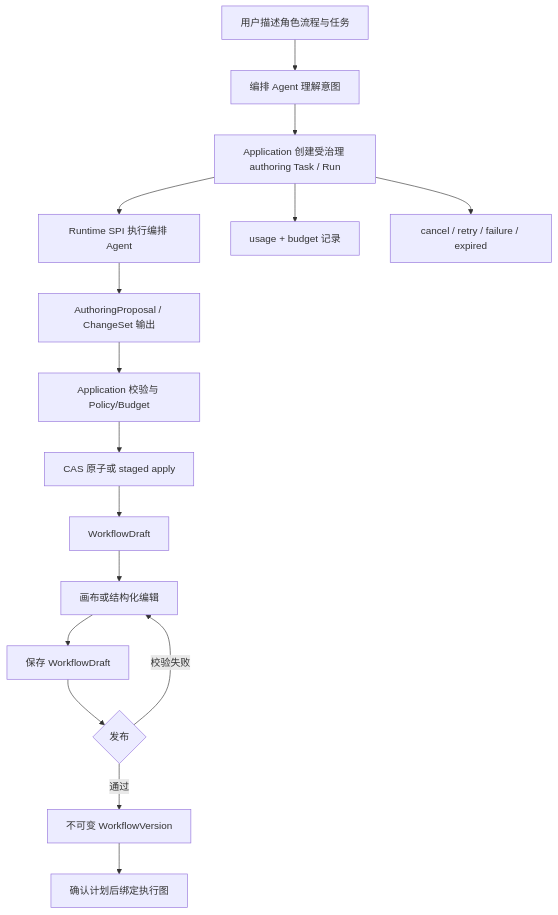
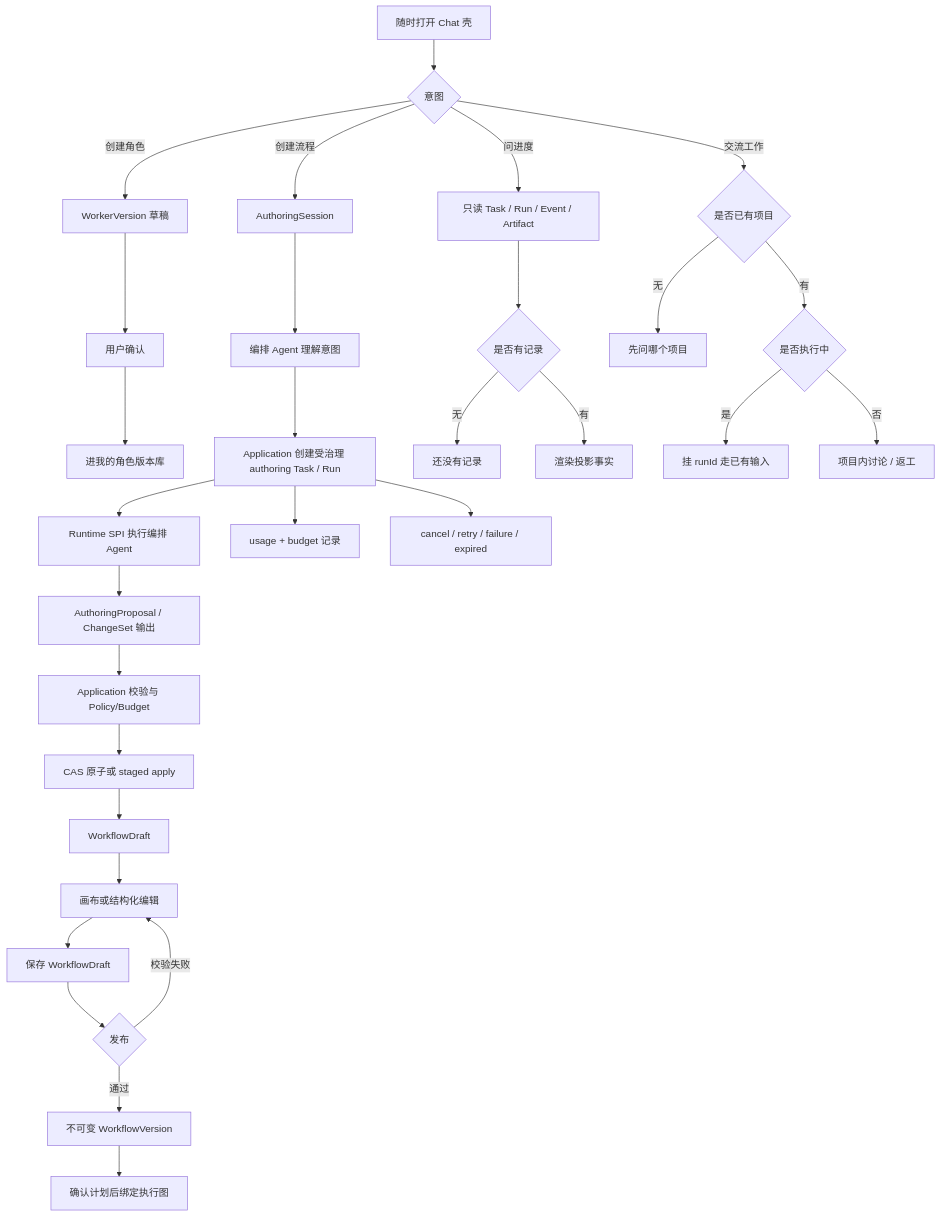
The ninth of 10 diagrams in docs/product-ui/02-core-user-flows.md (nicechencs/workforce), drawn with Mermaid before and after one commit. The commit also changed other lines of this file and 9 other files, not shown here.

````diff
--- a/docs/product-ui/02-core-user-flows.md
+++ b/docs/product-ui/02-core-user-flows.md
@@ -191,18 +198,32 @@
 ```mermaid
 flowchart TD
-  Talk[用户描述角色流程与任务] --> Agent[编排 Agent 理解意图]
+  Open[随时打开 Chat 壳] --> Intent{意图}
+  Intent -->|创建角色| WorkerDraft[WorkerVersion 草稿]
+  WorkerDraft --> ConfirmRole[用户确认]
+  ConfirmRole --> Library[进我的角色版本库]
+  Intent -->|创建流程| Session[AuthoringSession]
+  Session --> Agent[编排 Agent 理解意图]
   Agent --> Start[Application 创建受治理 authoring Task / Run]
   Start --> Runtime[Runtime SPI 执行编排 Agent]
   Runtime --> Proposal[AuthoringProposal / ChangeSet 输出]
   Start --> Usage[usage + budget 记录]
   Start --> Control[cancel / retry / failure / expired]
   Proposal --> Validate[Application 校验与 Policy/Budget]
   Validate --> Apply[CAS 原子或 staged apply]
   Apply --> Draft[WorkflowDraft]
   Draft --> Edit[画布或结构化编辑]
   Edit --> Save[保存 WorkflowDraft]
   Save --> Publish{发布}
   Publish -->|校验失败| Edit
   Publish -->|通过| Frozen[不可变 WorkflowVersion]
   Frozen --> Bind[确认计划后绑定执行图]
+  Intent -->|问进度| Facts[只读 Task / Run / Event / Artifact]
+  Facts --> Empty{是否有记录}
+  Empty -->|无| None[还没有记录]
+  Empty -->|有| Show[渲染投影事实]
+  Intent -->|交流工作| ProjectAsk{是否已有项目}
+  ProjectAsk -->|无| AskWhich[先问哪个项目]
+  ProjectAsk -->|有| RunAsk{是否执行中}
+  RunAsk -->|是| Input[挂 runId 走已有输入]
+  RunAsk -->|否| Discuss[项目内讨论 / 返工]
 ```
````
